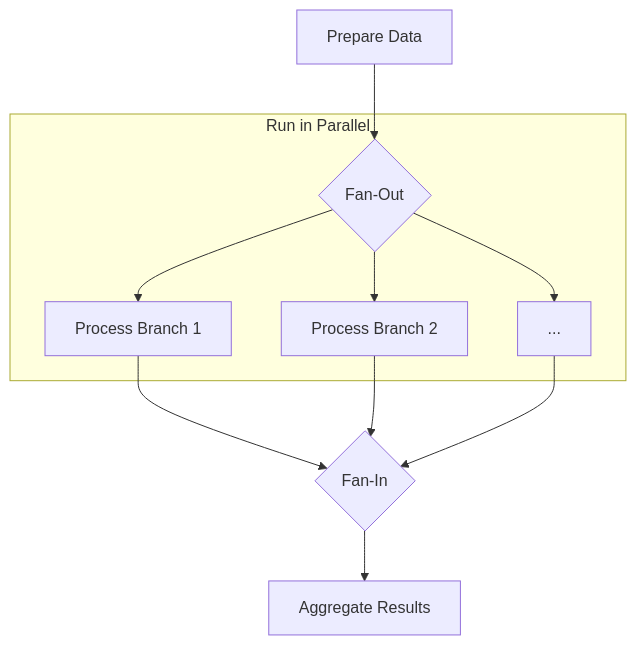
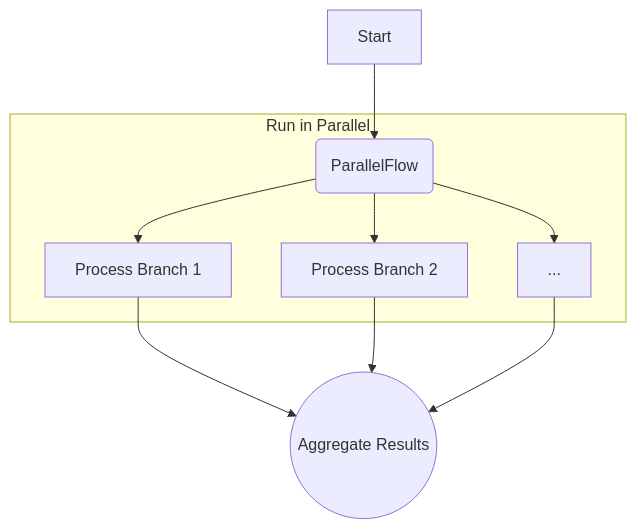
The diagram in docs/guide/recipes/fan-out-fan-in.md (gorango/flowcraft), drawn with Mermaid before and after one commit. The commit also changed other lines of this file and 5 other files, not shown here.

First line of the commit message:
add ParallelFlow builder for structural parallelism

````diff
--- a/docs/guide/recipes/fan-out-fan-in.md
+++ b/docs/guide/recipes/fan-out-fan-in.md
@@ -13,13 +12,12 @@
 ```mermaid
 graph TD
-    A[Prepare Data] --> B{Fan-Out};
+    A[Start] --> B(ParallelFlow);
     subgraph "Run in Parallel"
       B --> C[Process Branch 1];
       B --> D[Process Branch 2];
       B --> E[...];
     end
-    C --> F{Fan-In};
+    C --> F((Aggregate Results));
     D --> F;
     E --> F;
-    F --> G[Aggregate Results];
 ```
````
